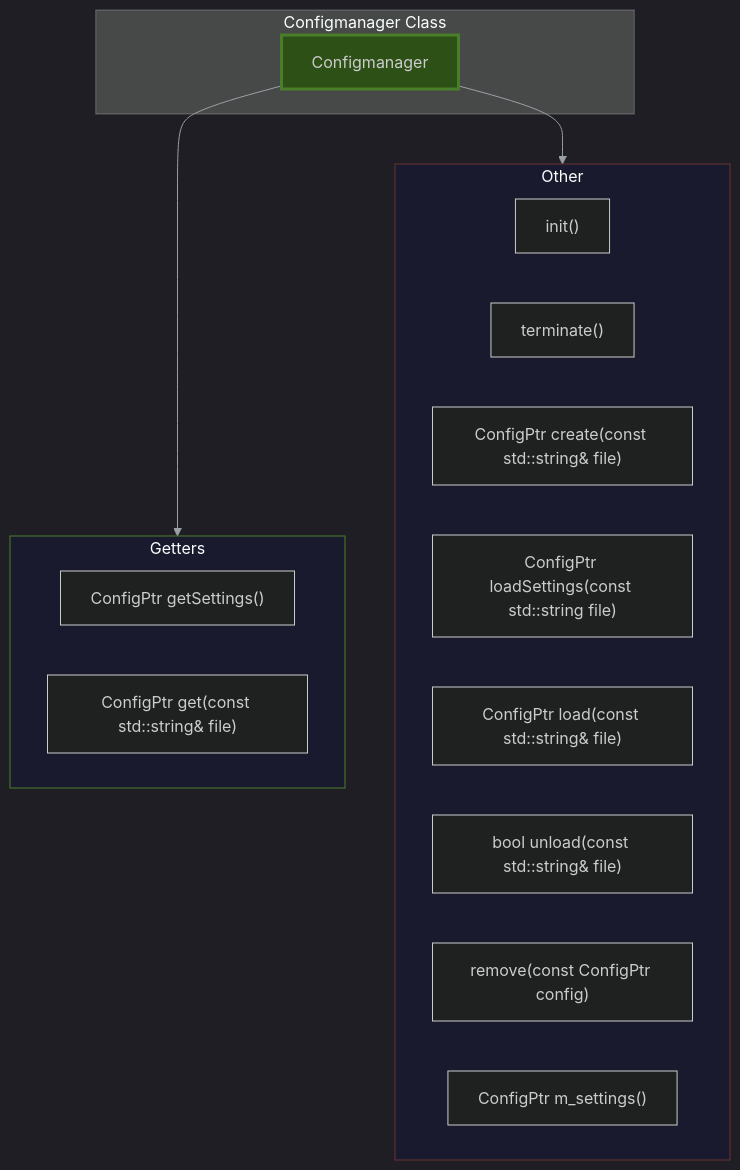
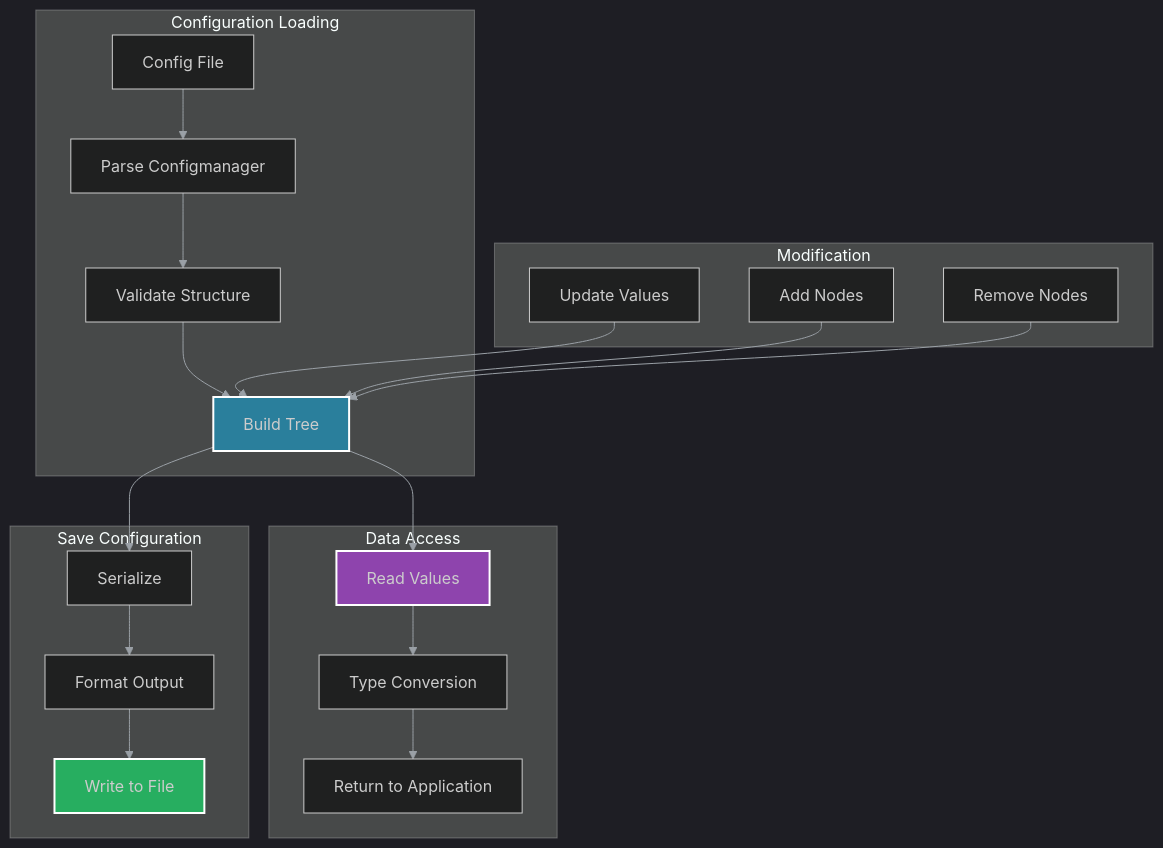
Before and after one commit to lukaszj321/otcv8-dev: the diagram in docs/authoring/01_core/api/cpp/framework/diagrams/configmanager.mmd, drawn with Mermaid. The commit also changed 222 other files, not shown here.

Commit message:
refactor: convert all diagrams to conceptual flow format - no truncation, context-focused

```diff
--- a/docs/authoring/01_core/api/cpp/framework/diagrams/configmanager.mmd
+++ b/docs/authoring/01_core/api/cpp/framework/diagrams/configmanager.mmd
@@ -1,27 +1,29 @@
 %%{init: {'theme':'dark','themeVariables': {'primaryTextColor':'#ddd','lineColor':'#9aa0a6'},'securityLevel':'loose'}}%%
-graph TB
-    subgraph Class["Configmanager Class"]
-        MAIN["Configmanager"]
-    end
-    
-    subgraph Getters["Getters"]
-        Getters_0["ConfigPtr getSettings()"]
-        Getters_1["ConfigPtr get(const std::string& file)"]
+graph TD
+    subgraph Loading["Configuration Loading"]
+        A[Config File] --> B[Parse Configmanager]
+        B --> C[Validate Structure]
+        C --> D[Build Tree]
     end
 
-    subgraph Other["Other"]
-        Other_0["init()"]
-        Other_1["terminate()"]
-        Other_2["ConfigPtr create(const std::string& file)"]
-        Other_3["ConfigPtr loadSettings(const std::string file)"]
-        Other_4["ConfigPtr load(const std::string& file)"]
-        Other_5["bool unload(const std::string& file)"]
-        Other_6["remove(const ConfigPtr config)"]
-        Other_7["ConfigPtr m_settings()"]
+    subgraph Access["Data Access"]
+        D --> E[Read Values]
+        E --> F[Type Conversion]
+        F --> G[Return to Application]
     end
 
-    MAIN --> Getters & Other
+    subgraph Modification["Modification"]
+        H[Update Values] --> D
+        I[Add Nodes] --> D
+        J[Remove Nodes] --> D
+    end
 
-    style MAIN fill:#2d5016,stroke:#4a7f2a,stroke-width:3px
-    style Getters fill:#1a1a2e,stroke:#4a7f2a
-    style Other fill:#1a1a2e,stroke:#6b3535
+    subgraph Persistence["Save Configuration"]
+        D --> K[Serialize]
+        K --> L[Format Output]
+        L --> M[Write to File]
+    end
+
+    style D fill:#2a7f9c,stroke:#fff,stroke-width:2px
+    style E fill:#8e44ad,stroke:#fff,stroke-width:2px
+    style M fill:#27ae60,stroke:#fff,stroke-width:2px
```
